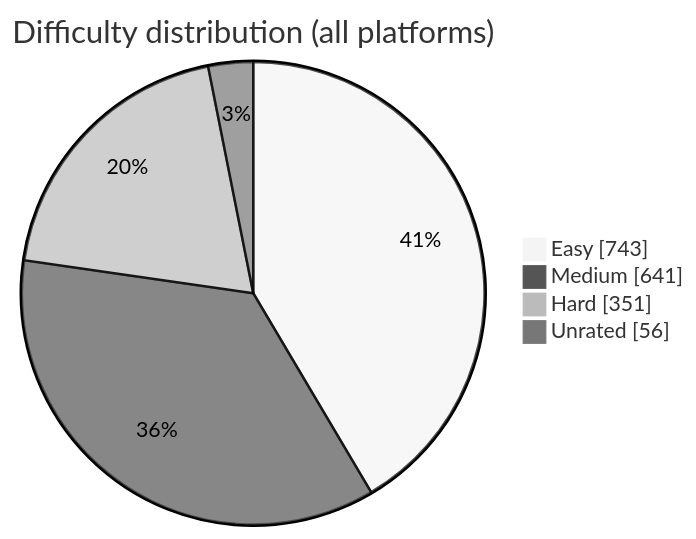
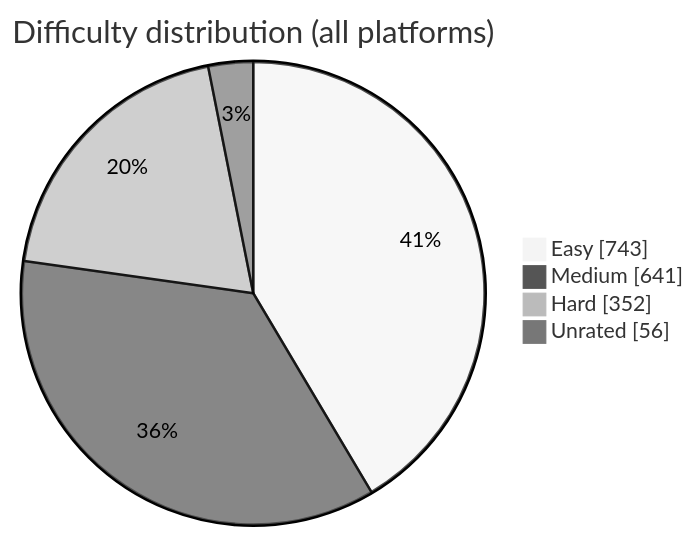
One commit to BuildbyArindam/Daily-Coding-Log changed the diagram in README.md. Above: the diagram before and after it, drawn with Mermaid (neutral theme). The commit also changed other lines of this file, not shown here.

````diff
--- a/README.md
+++ b/README.md
@@ -108,7 +108,7 @@
 ```mermaid
 pie showData title Difficulty distribution (all platforms)
     "Easy" : 743
     "Medium" : 641
-    "Hard" : 351
+    "Hard" : 352
     "Unrated" : 56
 ```
````
